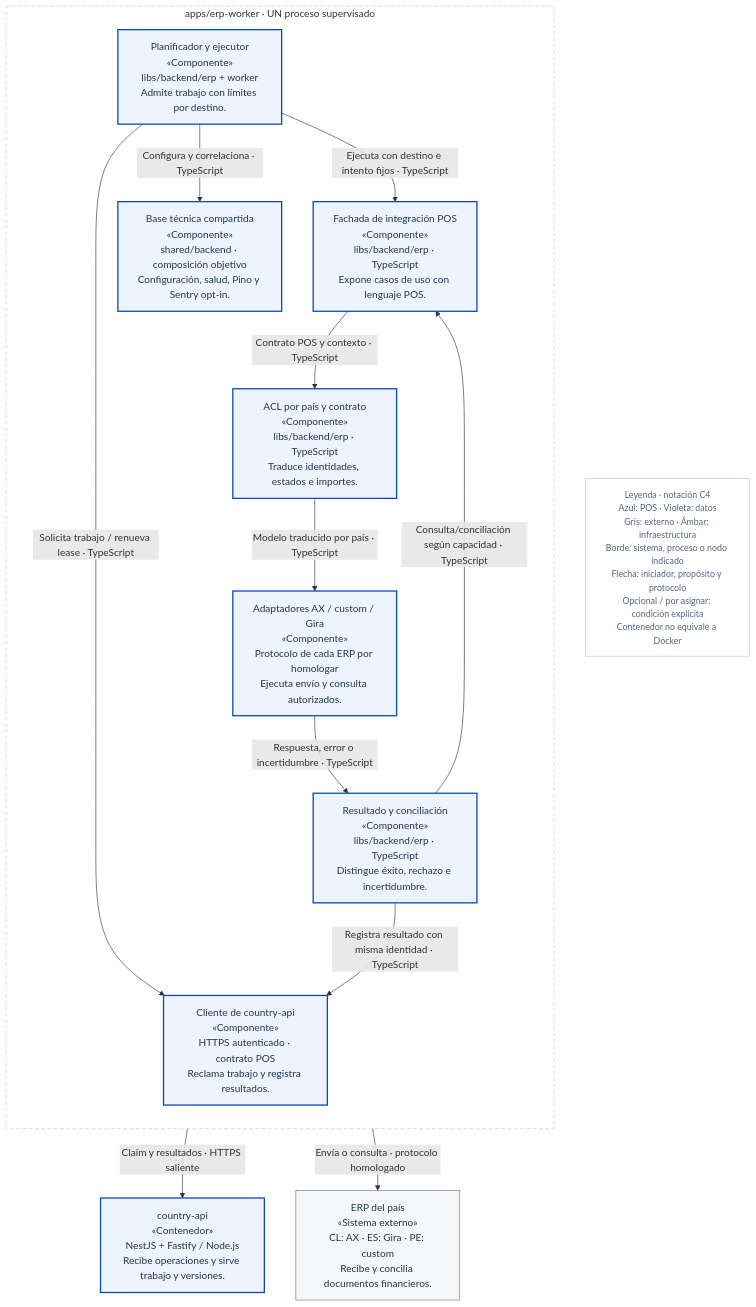
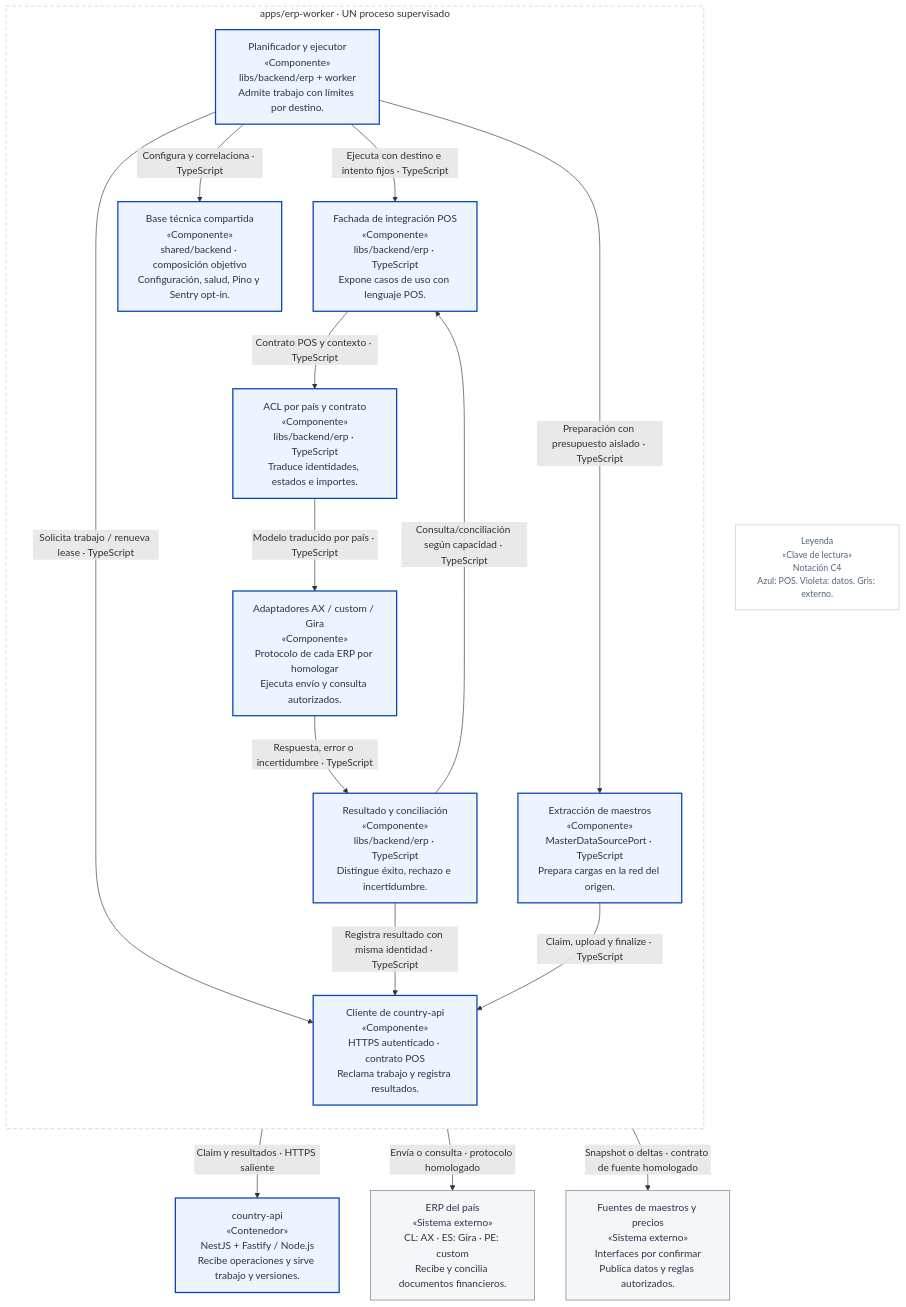
Before and after one commit to developer-implementos/pos-docs: the diagram in docs/diagramas-excalidraw/mermaid/c4-erp.mmd, drawn with Mermaid. The commit also changed 115 other files, not shown here.

Commit message:
Improve architecture documentation, exploration and traceable delivery plans

```diff
--- a/docs/diagramas-excalidraw/mermaid/c4-erp.mmd
+++ b/docs/diagramas-excalidraw/mermaid/c4-erp.mmd
@@ -1,33 +1,37 @@
 flowchart TB
     accTitle: C3 · erp-worker — Contrato POS, ACL y recuperación ERP
-    accDescr: Un proceso apps/erp-worker en la red autorizada del ERP. Fachada, ACL, protocolo y conciliación son componentes internos de libs/backend/erp. El worker inicia HTTPS hacia country-api. Lease, destino, versión e intento permanecen identificados; un timeout no autoriza duplicar efectos ni cambiar de ERP.
+    accDescr: Un proceso apps/erp-worker en la red autorizada del ERP. Fachada, ACL, protocolo y conciliación son componentes internos de libs/backend/erp. MasterDataSourcePort prepara publicaciones con claims, identidad y presupuesto propios. El worker inicia HTTPS hacia country-api. Lease, destino, versión e intento permanecen identificados; un timeout no autoriza duplicar efectos ni cambiar de ERP.
     subgraph erpScope["apps/erp-worker · UN proceso supervisado"]
         direction TB
         erpExecution["Planificador y ejecutor<br/>«Componente»<br/>libs/backend/erp + worker<br/>Admite trabajo con límites por destino."]:::pos
         erpClient["Cliente de country-api<br/>«Componente»<br/>HTTPS autenticado · contrato POS<br/>Reclama trabajo y registra resultados."]:::pos
+        erpMasterSource["Extracción de maestros<br/>«Componente»<br/>MasterDataSourcePort · TypeScript<br/>Prepara cargas en la red del origen."]:::pos
         erpFacade["Fachada de integración POS<br/>«Componente»<br/>libs/backend/erp · TypeScript<br/>Expone casos de uso con lenguaje POS."]:::pos
         erpAcl["ACL por país y contrato<br/>«Componente»<br/>libs/backend/erp · TypeScript<br/>Traduce identidades, estados e importes."]:::pos
         erpProtocol["Adaptadores AX / custom / Gira<br/>«Componente»<br/>Protocolo de cada ERP por homologar<br/>Ejecuta envío y consulta autorizados."]:::pos
         erpRecovery["Resultado y conciliación<br/>«Componente»<br/>libs/backend/erp · TypeScript<br/>Distingue éxito, rechazo e incertidumbre."]:::pos
         technicalBase["Base técnica compartida<br/>«Componente»<br/>shared/backend · composición objetivo<br/>Configuración, salud, Pino y Sentry opt-in."]:::pos
     end
-    countryApi["country-api<br/>«Contenedor»<br/>NestJS + Fastify / Node.js<br/>Recibe operaciones y sirve trabajo y versiones."]:::pos
-    erp["ERP del país<br/>«Sistema externo»<br/>CL: AX · ES: Gira · PE: custom<br/>Recibe y concilia documentos financieros."]:::external
-    legend["Leyenda · notación C4<br/>Azul: POS · Violeta: datos<br/>Gris: externo · Ámbar: infraestructura<br/>Borde: sistema, proceso o nodo indicado<br/>Flecha: iniciador, propósito y protocolo<br/>Opcional / por asignar: condición explícita<br/>Contenedor no equivale a Docker"]:::key
+        countryApi["country-api<br/>«Contenedor»<br/>NestJS + Fastify / Node.js<br/>Recibe operaciones y sirve trabajo y versiones."]:::pos
+        erp["ERP del país<br/>«Sistema externo»<br/>CL: AX · ES: Gira · PE: custom<br/>Recibe y concilia documentos financieros."]:::external
+        masters["Fuentes de maestros y precios<br/>«Sistema externo»<br/>Interfaces por confirmar<br/>Publica datos y reglas autorizados."]:::external
+        legend["Leyenda<br/>«Clave de lectura»<br/>Notación C4<br/>Azul: POS. Violeta: datos. Gris: externo."]:::key
     erpExecution -->|"Solicita trabajo / renueva lease · TypeScript"| erpClient
     erpClient -->|"Claim y resultados · HTTPS saliente"| countryApi
     erpExecution -->|"Ejecuta con destino e intento fijos · TypeScript"| erpFacade
     erpExecution -->|"Configura y correlaciona · TypeScript"| technicalBase
     erpFacade -->|"Contrato POS y contexto · TypeScript"| erpAcl
     erpAcl -->|"Modelo traducido por país · TypeScript"| erpProtocol
     erpProtocol -->|"Envía o consulta · protocolo homologado"| erp
     erpProtocol -->|"Respuesta, error o incertidumbre · TypeScript"| erpRecovery
     erpRecovery -->|"Consulta/conciliación según capacidad · TypeScript"| erpFacade
     erpRecovery -->|"Registra resultado con misma identidad · TypeScript"| erpClient
+    erpExecution -->|"Preparación con presupuesto aislado · TypeScript"| erpMasterSource
+    erpMasterSource -->|"Snapshot o deltas · contrato de fuente homologado"| masters
+    erpMasterSource -->|"Claim, upload y finalize · TypeScript"| erpClient
     classDef pos fill:#EDF3FF,stroke:#0545BA,color:#25364D,stroke-width:2px
     classDef store fill:#F2EFFF,stroke:#6551A8,color:#25364D,stroke-width:2px
     classDef external fill:#F4F6F8,stroke:#6B788A,color:#25364D
     classDef person fill:#18336D,stroke:#18336D,color:#FFFFFF
-    classDef infra fill:#FFF3E0,stroke:#A86516,color:#25364D
     classDef key fill:#FFFFFF,stroke:#BCC9DB,color:#53657F,font-size:14px
     style erpScope fill:#FFFFFF,stroke:#BCC9DB,stroke-dasharray:6 4
```
